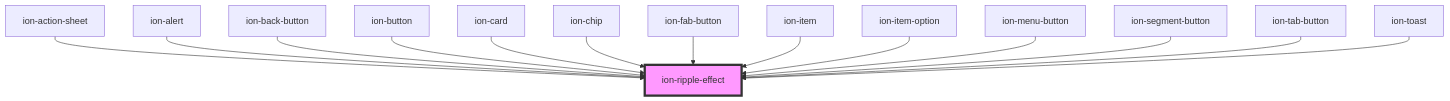
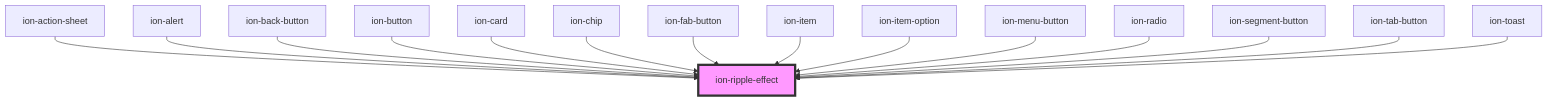
The diagram in core/src/components/ripple-effect/readme.md (Ryu9425/ang_ionic), drawn with Mermaid before and after one commit. The commit also changed other lines of this file and 2 other files, not shown here.

````diff
--- a/core/src/components/ripple-effect/readme.md
+++ b/core/src/components/ripple-effect/readme.md
@@ -227,17 +228,18 @@
 ```mermaid
 graph TD;
   ion-action-sheet --> ion-ripple-effect
   ion-alert --> ion-ripple-effect
   ion-back-button --> ion-ripple-effect
   ion-button --> ion-ripple-effect
   ion-card --> ion-ripple-effect
   ion-chip --> ion-ripple-effect
   ion-fab-button --> ion-ripple-effect
   ion-item --> ion-ripple-effect
   ion-item-option --> ion-ripple-effect
   ion-menu-button --> ion-ripple-effect
+  ion-radio --> ion-ripple-effect
   ion-segment-button --> ion-ripple-effect
   ion-tab-button --> ion-ripple-effect
   ion-toast --> ion-ripple-effect
   style ion-ripple-effect fill:#f9f,stroke:#333,stroke-width:4px
 ```
````
